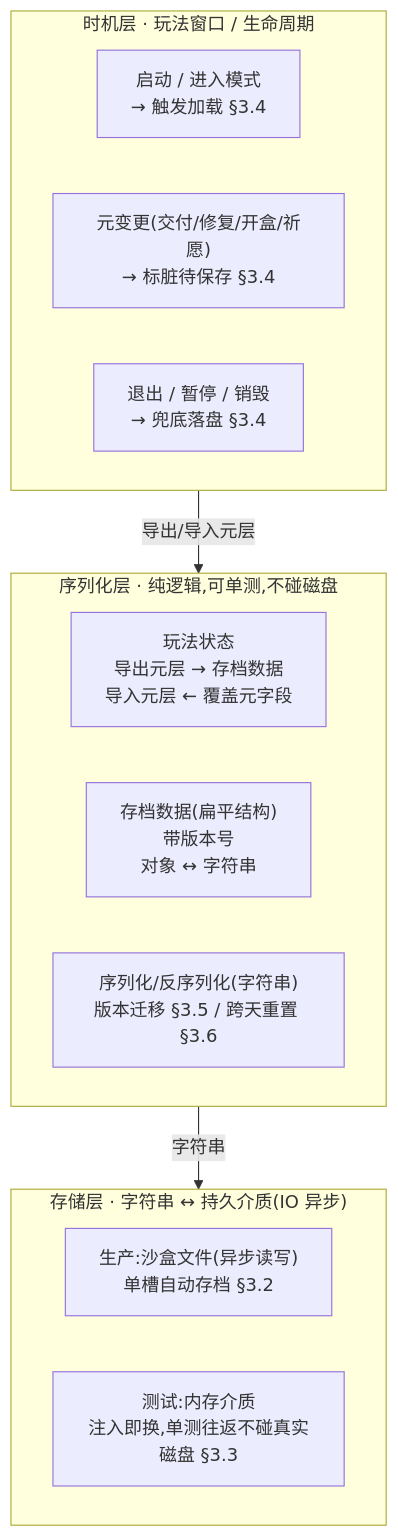
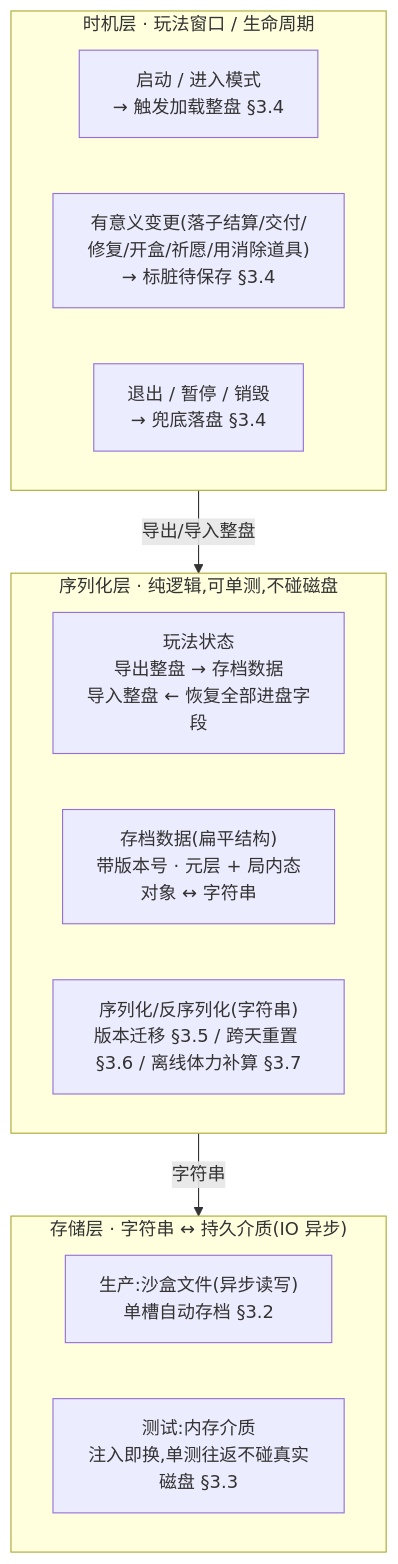
The first of 2 diagrams in UnityProject/design-docs/14-save-system.md (zhoupeng921101/TEngine_zp), drawn with Mermaid before and after one commit. The commit also changed other lines of this file and 5 other files, not shown here.

````diff
--- a/UnityProject/design-docs/14-save-system.md
+++ b/UnityProject/design-docs/14-save-system.md
@@ -58,19 +59,19 @@
 ```mermaid
 flowchart TD
     subgraph timing["时机层 · 玩法窗口 / 生命周期"]
-        t1["启动 / 进入模式<br/>→ 触发加载 §3.4"]
-        t2["元变更(交付/修复/开盒/祈愿)<br/>→ 标脏待保存 §3.4"]
+        t1["启动 / 进入模式<br/>→ 触发加载整盘 §3.4"]
+        t2["有意义变更(落子结算/交付/修复/开盒/祈愿/用消除道具)<br/>→ 标脏待保存 §3.4"]
         t3["退出 / 暂停 / 销毁<br/>→ 兜底落盘 §3.4"]
     end
     subgraph serial["序列化层 · 纯逻辑,可单测,不碰磁盘"]
-        s1["玩法状态<br/>导出元层 → 存档数据<br/>导入元层 ← 覆盖元字段"]
-        s2["存档数据(扁平结构)<br/>带版本号<br/>对象 ↔ 字符串"]
-        s3["序列化/反序列化(字符串)<br/>版本迁移 §3.5 / 跨天重置 §3.6"]
+        s1["玩法状态<br/>导出整盘 → 存档数据<br/>导入整盘 ← 恢复全部进盘字段"]
+        s2["存档数据(扁平结构)<br/>带版本号 · 元层 + 局内态<br/>对象 ↔ 字符串"]
+        s3["序列化/反序列化(字符串)<br/>版本迁移 §3.5 / 跨天重置 §3.6 / 离线体力补算 §3.7"]
     end
     subgraph store["存储层 · 字符串 ↔ 持久介质(IO 异步)"]
         d1["生产:沙盒文件(异步读写)<br/>单槽自动存档 §3.2"]
         d2["测试:内存介质<br/>注入即换,单测往返不碰真实磁盘 §3.3"]
     end
-    timing -->|导出/导入元层| serial
+    timing -->|导出/导入整盘| serial
     serial -->|字符串| store
 ```
````
